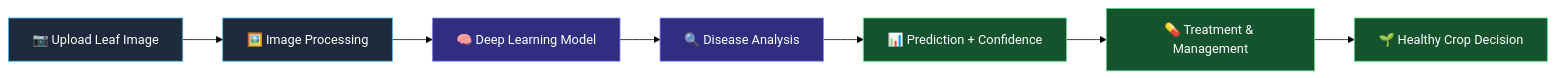
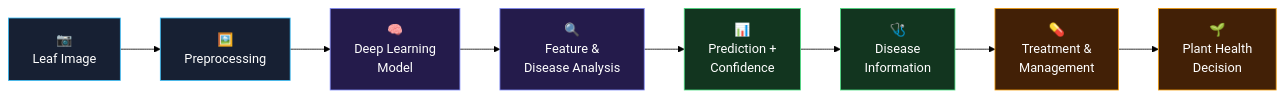
Before and after one commit to IAMNEONIRMAL2007/Tomato-Disease-Detation-Ai: the first of 2 diagrams in README.md, drawn with Mermaid (forest theme). The commit also changed other lines of this file, not shown here.

First line of the commit message:
Revise README for Tomato Disease Detection AI

````diff
--- a/README.md
+++ b/README.md
@@ -9,17 +38,28 @@
 ```mermaid
 flowchart LR
-    A["📷 Upload Leaf Image"] --> B["🖼️ Image Processing"]
-    B --> C["🧠 Deep Learning Model"]
-    C --> D["🔍 Disease Analysis"]
-    D --> E["📊 Prediction + Confidence"]
-    E --> F["💊 Treatment & Management"]
-    F --> G["🌱 Healthy Crop Decision"]
 
-    classDef input fill:#1e293b,stroke:#38bdf8,color:#fff
-    classDef ai fill:#312e81,stroke:#818cf8,color:#fff
-    classDef result fill:#14532d,stroke:#4ade80,color:#fff
+    A["📷<br/>Leaf Image"] 
+    --> B["🖼️<br/>Preprocessing"]
 
-    class A,B input
-    class C,D ai
-    class E,F,G result
+    B --> C["🧠<br/>Deep Learning<br/>Model"]
+
+    C --> D["🔍<br/>Feature &<br/>Disease Analysis"]
+
+    D --> E["📊<br/>Prediction +<br/>Confidence"]
+
+    E --> F["🩺<br/>Disease<br/>Information"]
+
+    F --> G["💊<br/>Treatment &<br/>Management"]
+
+    G --> H["🌱<br/>Plant Health<br/>Decision"]
+
+    classDef input fill:#172033,stroke:#38bdf8,color:#fff;
+    classDef ai fill:#241b4b,stroke:#818cf8,color:#fff;
+    classDef result fill:#12351f,stroke:#4ade80,color:#fff;
+    classDef action fill:#422006,stroke:#f59e0b,color:#fff;
+
+    class A,B input;
+    class C,D ai;
+    class E,F result;
+    class G,H action;
 ```
````
